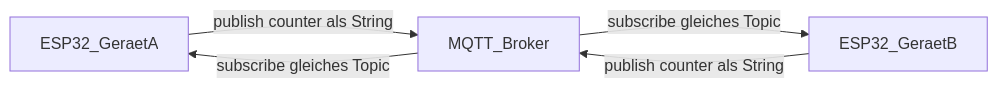
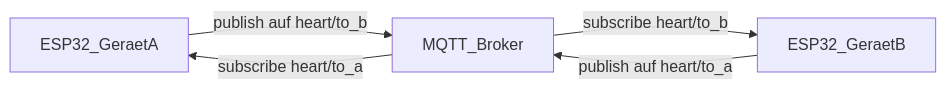
The second of 4 diagrams in docs/ARCHITECTURE.md (EyJunge1/chaya2mqtt), drawn with Mermaid before and after one commit. The commit also changed other lines of this file and 6 other files, not shown here.

Commit message:
Refactor MQTT topic handling by renaming variables for publish and subscribe topics, updating related functions and configurations to improve clarity and functionality.

````diff
--- a/docs/ARCHITECTURE.md
+++ b/docs/ARCHITECTURE.md
@@ -44,11 +49,11 @@
 ```mermaid
 flowchart LR
     devA[ESP32_GeraetA]
     devB[ESP32_GeraetB]
     broker[MQTT_Broker]
 
-    devA -->|"publish counter als String"| broker
-    devB -->|"publish counter als String"| broker
-    broker -->|"subscribe gleiches Topic"| devA
-    broker -->|"subscribe gleiches Topic"| devB
+    devA -->|"publish auf heart/to_b"| broker
+    broker -->|"subscribe heart/to_b"| devB
+    devB -->|"publish auf heart/to_a"| broker
+    broker -->|"subscribe heart/to_a"| devA
 ```
````
